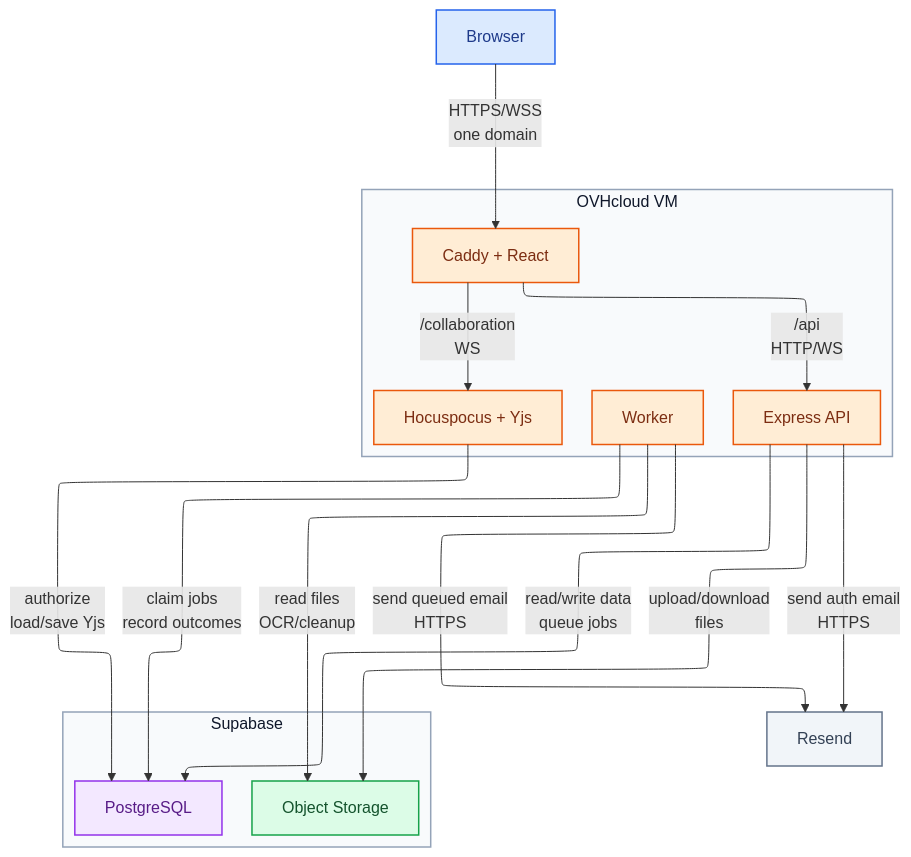
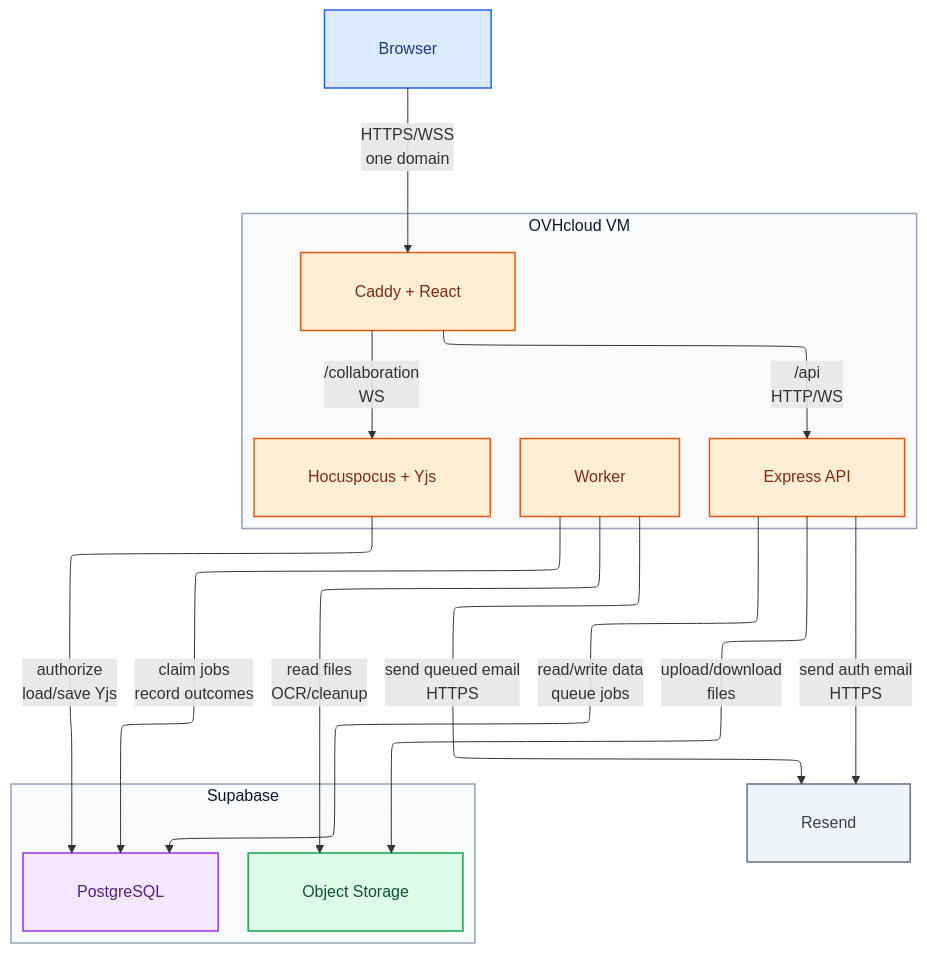
Before and after one commit to drh-14/ChalkTalk: the diagram in diagrams/architecture/architecture.mmd, drawn with Mermaid. The commit also changed 2 other files, not shown here.

Commit message:
no-mistakes(review): Center architecture boxes and regenerate diagram assets

```diff
--- a/diagrams/architecture/architecture.mmd
+++ b/diagrams/architecture/architecture.mmd
@@ -1,39 +1,39 @@
-%%{init: {"layout": "elk", "themeCSS": "#my-svg-VM .cluster-label { translate: -200px 12px; }"}}%%
+%%{init: {"layout": "elk", "flowchart": {"padding": 27}, "themeCSS": "#my-svg-VM .cluster-label { translate: -272px 12px; }"}}%%
 flowchart TB
   subgraph VM[OVHcloud VM]
     direction TB
     Web[Caddy + React]
     API[Express API]
     Collaboration[Hocuspocus + Yjs]
     Worker
   end
   subgraph Supabase
     direction LR
     DB[PostgreSQL]
     Storage[Object Storage]
   end
   Web -->|/api<br/>HTTP/WS| API
   Web -->|/collaboration<br/>WS| Collaboration
   Browser -->|HTTPS/WSS<br/>one domain| Web
   API -->|read/write data<br/>queue jobs| DB
   API -->|upload/download<br/>files| Storage
   API -->|send auth email<br/>HTTPS| Resend
   Collaboration -->|authorize<br/>load/save Yjs| DB
   Worker -->|claim jobs<br/>record outcomes| DB
   Worker -->|read files<br/>OCR/cleanup| Storage
   Worker -->|send queued email<br/>HTTPS| Resend
   classDef client fill:#DBEAFE,stroke:#2563EB,color:#1E3A8A,stroke-width:1.5px
   classDef compute fill:#FFEDD5,stroke:#EA580C,color:#7C2D12,stroke-width:1.5px
   classDef database fill:#F3E8FF,stroke:#9333EA,color:#581C87,stroke-width:1.5px
   classDef storage fill:#DCFCE7,stroke:#16A34A,color:#14532D,stroke-width:1.5px
   classDef external fill:#F1F5F9,stroke:#64748B,color:#334155,stroke-width:1.5px
   class Browser client
   class Web compute
   class API compute
   class Collaboration compute
   class Worker compute
   class DB database
   class Storage storage
   class Resend external
   style VM fill:#F8FAFC,stroke:#94A3B8,color:#0F172A,stroke-width:1.5px
   style Supabase fill:#F8FAFC,stroke:#94A3B8,color:#0F172A,stroke-width:1.5px
```
